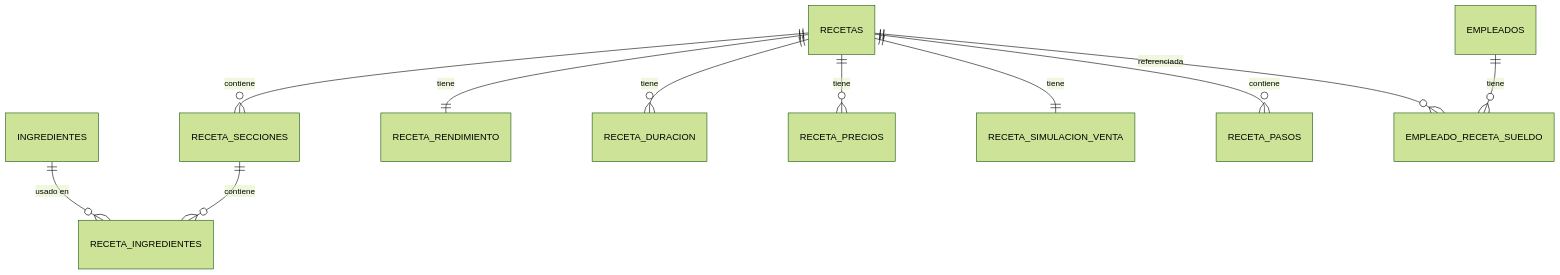
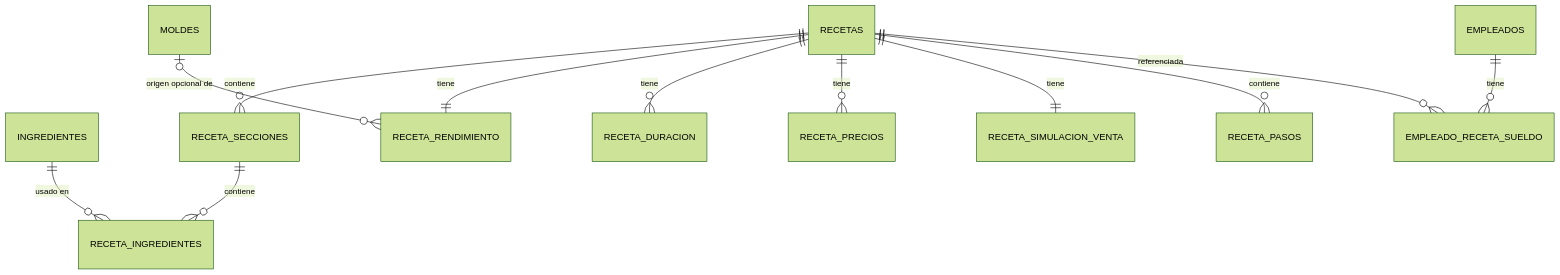
The diagram in arquitectura.md (Sandy-Yera/ReposteriaSandy), drawn with Mermaid (forest theme) before and after one commit. The commit also changed other lines of this file and 1 other file, not shown here.

First line of the commit message:
Actualiza arquitectura.md con política de borrado, moldes, precios e historial de cambios

````diff
--- a/arquitectura.md
+++ b/arquitectura.md
@@ -150,13 +167,14 @@
 ```mermaid
 erDiagram
     INGREDIENTES ||--o{ RECETA_INGREDIENTES : "usado en"
     RECETAS ||--o{ RECETA_SECCIONES : contiene
     RECETA_SECCIONES ||--o{ RECETA_INGREDIENTES : contiene
     RECETAS ||--|| RECETA_RENDIMIENTO : tiene
+    MOLDES |o--o{ RECETA_RENDIMIENTO : "origen opcional de"
     RECETAS ||--o{ RECETA_DURACION : tiene
     RECETAS ||--o{ RECETA_PRECIOS : tiene
     RECETAS ||--|| RECETA_SIMULACION_VENTA : tiene
     RECETAS ||--o{ RECETA_PASOS : contiene
     EMPLEADOS ||--o{ EMPLEADO_RECETA_SUELDO : tiene
     RECETAS ||--o{ EMPLEADO_RECETA_SUELDO : referenciada
 ```
````
